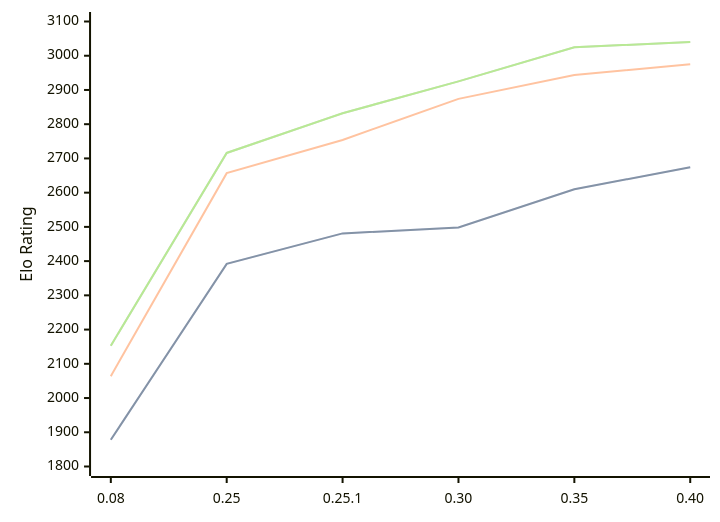
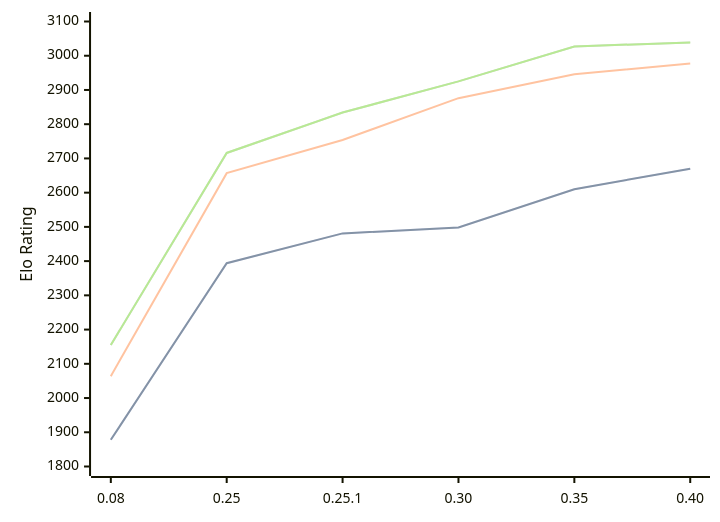
The diagram in engines/Gecko.md (computer-chess-index/cci), drawn with Mermaid before and after one commit. The commit also changed other lines of this file, not shown here.

Commit message:
Update CCI Ratings (ELO VLTC) - 2026-08-29

````diff
--- a/engines/Gecko.md
+++ b/engines/Gecko.md
@@ -36,11 +36,11 @@
 ```mermaid
 %%{init: {"theme":"base","themeVariables":{"seriesColors:['#a3a3a3','#222221','#faa371']}}}%%
 xychart-beta
   x-axis ["0.08", "0.25", "0.25.1", "0.30", "0.35", "0.40"]
   y-axis "Elo Rating" 1800 --> 3100
-  line "" [1878, 2392, 2481, 2498, 2610, 2674]
-  line "STC (8.0+0.08s)" [1878, 2392, 2481, 2498, 2610, 2674]
-  line "LTC (60.0+0.60s)" [2064, 2657, 2754, 2874, 2944, 2975]
-  line "" [2153, 2716, 2832, 2925, 3025, 3040]
-  line "VLTC (2m24s+1.12s)" [2153, 2716, 2832, 2925, 3025, 3040]
+  line "" [1878, 2394, 2481, 2498, 2610, 2670]
+  line "STC (8.0+0.08s)" [1878, 2394, 2481, 2498, 2610, 2670]
+  line "LTC (60.0+0.60s)" [2064, 2657, 2754, 2876, 2946, 2977]
+  line "" [2155, 2716, 2834, 2925, 3027, 3039]
+  line "VLTC (2m24s+1.12s)" [2155, 2716, 2834, 2925, 3027, 3039]
 ```
````
